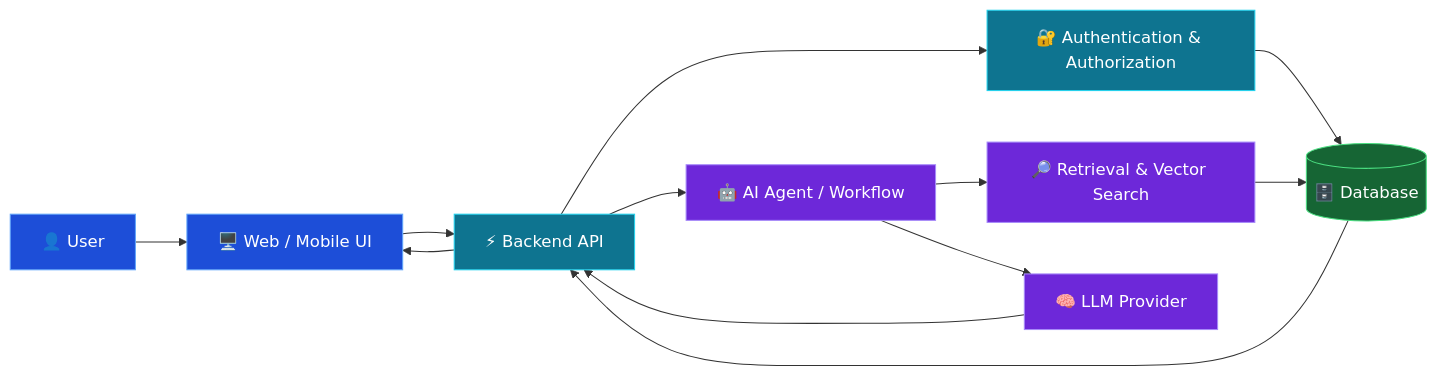
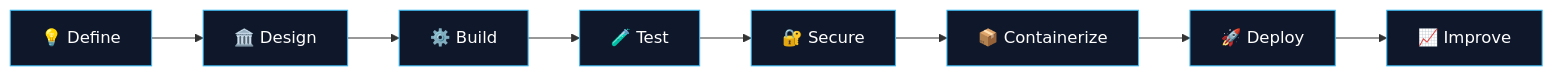
Before and after one commit to Aravindan-001/Aravindan-001: the second of 2 diagrams in README.md, drawn with Mermaid. The commit also changed other lines of this file, not shown here.

````diff
--- a/README.md
+++ b/README.md
@@ -246,24 +344,13 @@
 ```mermaid
 flowchart LR
-    U["👤 User"] --> UI["🖥️ Web / Mobile UI"]
-    UI --> API["⚡ Backend API"]
-    API --> AUTH["🔐 Authentication & Authorization"]
-    AUTH --> DB[("🗄️ Database")]
-    API --> AGENT["🤖 AI Agent / Workflow"]
-    AGENT --> RET["🔎 Retrieval & Vector Search"]
-    RET --> DB
-    AGENT --> LLM["🧠 LLM Provider"]
-    LLM --> API
-    DB --> API
-    API --> UI
+    A["💡 Define"] --> B["🏛️ Design"]
+    B --> C["⚙️ Build"]
+    C --> D["🧪 Test"]
+    D --> E["🔐 Secure"]
+    E --> F["📦 Containerize"]
+    F --> G["🚀 Deploy"]
+    G --> H["📈 Improve"]
 
-    classDef frontend fill:#1D4ED8,color:#FFFFFF,stroke:#60A5FA
-    classDef backend fill:#0E7490,color:#FFFFFF,stroke:#22D3EE
-    classDef ai fill:#6D28D9,color:#FFFFFF,stroke:#A78BFA
-    classDef storage fill:#166534,color:#FFFFFF,stroke:#4ADE80
-
-    class U,UI frontend
-    class API,AUTH backend
-    class AGENT,RET,LLM ai
-    class DB storage
+    classDef step fill:#0F172A,stroke:#38BDF8,color:#FFFFFF
+    class A,B,C,D,E,F,G,H step
 ```
````
